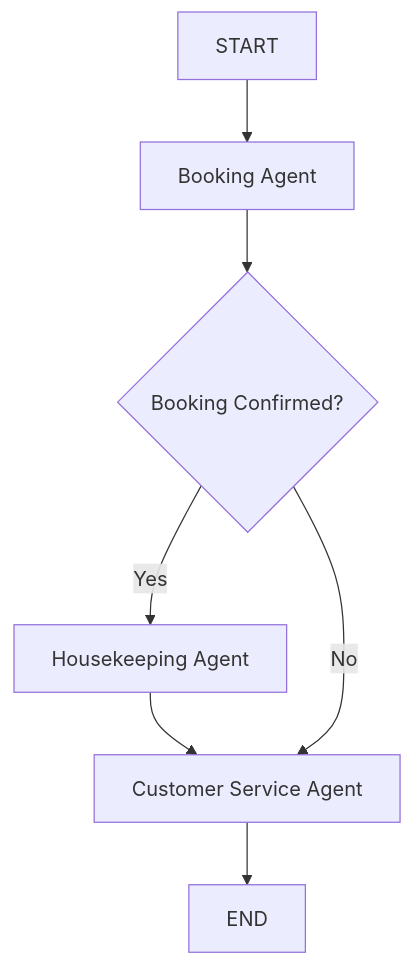
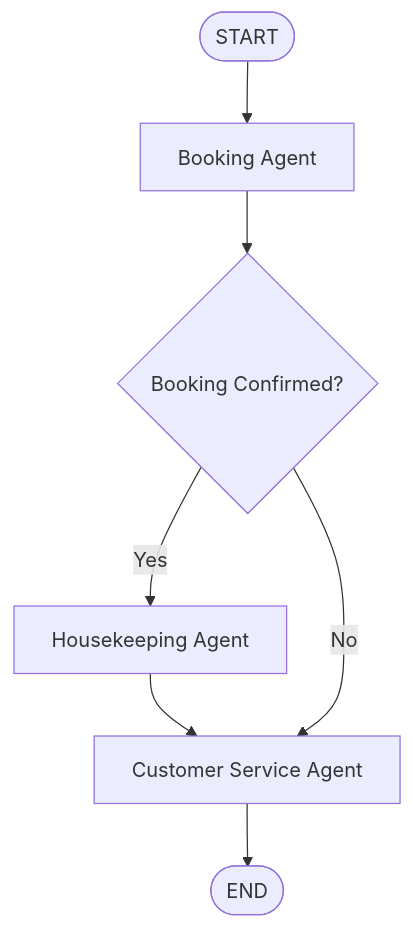
Before and after one commit to saitejakonam/gen-AI: the diagram in AgentsAssignment/IMPLEMENTATION.md, drawn with Mermaid. The commit also changed other lines of this file and 6 other files, not shown here.

````diff
--- a/AgentsAssignment/IMPLEMENTATION.md
+++ b/AgentsAssignment/IMPLEMENTATION.md
@@ -47,9 +47,12 @@
 ```mermaid
 flowchart TD
-    START --> BA[Booking Agent]
-    BA --> DEC{Booking Confirmed?}
-    DEC -->|Yes| HK[Housekeeping Agent]
-    HK --> CS[Customer Service Agent]
-    DEC -->|No| CS
-    CS --> END
+    A([START]) --> B[Booking Agent]
+    B --> C{Booking Confirmed?}
+
+    C -- Yes --> D[Housekeeping Agent]
+    D --> E[Customer Service Agent]
+
+    C -- No --> E
+
+    E --> F([END])
 ```
````
